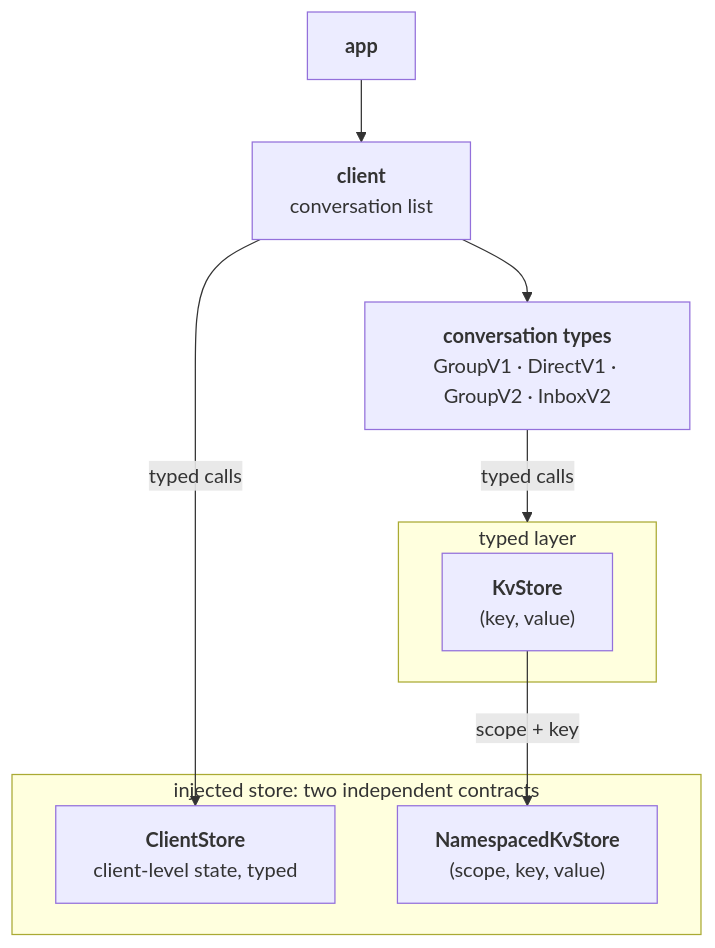
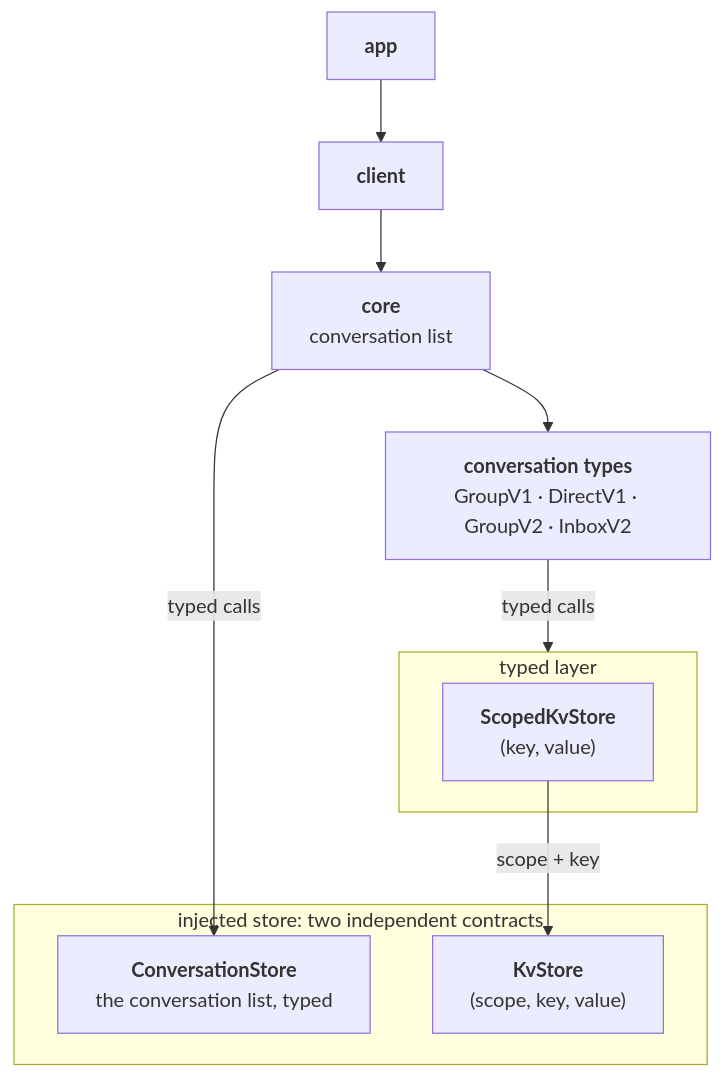
The diagram in docs/adr/0002-storage-architecture.md (logos-messaging/logos-chat), drawn with Mermaid before and after one commit. The commit also changed other lines of this file and 47 other files, not shown here.

First line of the commit message:
feat: add the scoped storage substrate for conversation-owned state (#228)

````diff
--- a/docs/adr/0002-storage-architecture.md
+++ b/docs/adr/0002-storage-architecture.md
@@ -29,21 +30,23 @@
 ```mermaid
 flowchart TB
     App["<b>app</b>"]
-    Client["<b>client</b><br/>conversation list"]
+    Client["<b>client</b>"]
+    Core["<b>core</b><br/>conversation list"]
     Types["<b>conversation types</b><br/>GroupV1 · DirectV1 · GroupV2 · InboxV2"]
 
     subgraph Typed["typed layer"]
-        KV["<b>KvStore</b><br/>(key, value)"]
+        KV["<b>ScopedKvStore</b><br/>(key, value)"]
     end
 
     subgraph Store["injected store: two independent contracts"]
-        CS["<b>ClientStore</b><br/>client-level state, typed"]
-        NKV["<b>NamespacedKvStore</b><br/>(scope, key, value)"]
+        CS["<b>ConversationStore</b><br/>the conversation list, typed"]
+        NKV["<b>KvStore</b><br/>(scope, key, value)"]
     end
 
     App --> Client
-    Client --> Types
-    Client -- "typed calls" --> CS
+    Client --> Core
+    Core --> Types
+    Core -- "typed calls" --> CS
     Types -- "typed calls" --> Typed
     KV -- "scope + key" --> NKV
 ```
````
